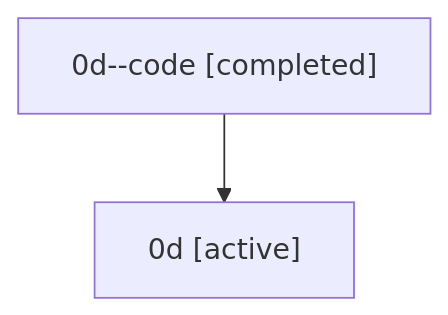
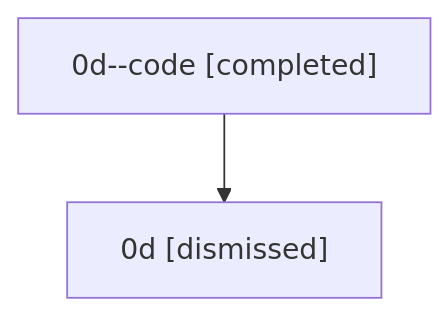
Before and after one commit to sase-org/sase--agents: the diagram in sessions/bbugyi200.athena.0d.md, drawn with Mermaid. The commit also changed other lines of this file and 33 other files, not shown here.

````diff
--- a/sessions/bbugyi200.athena.0d.md
+++ b/sessions/bbugyi200.athena.0d.md
@@ -9,6 +9,6 @@
 ```mermaid
 flowchart TD
   n0["0d--code [completed]"]
-  n1["0d [active]"]
+  n1["0d [dismissed]"]
   n0 --> n1
 ```
````
